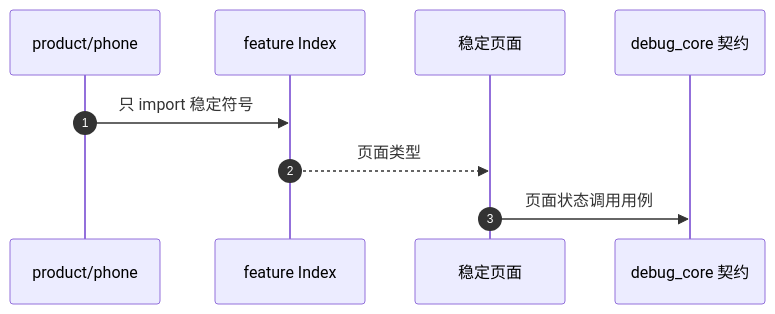
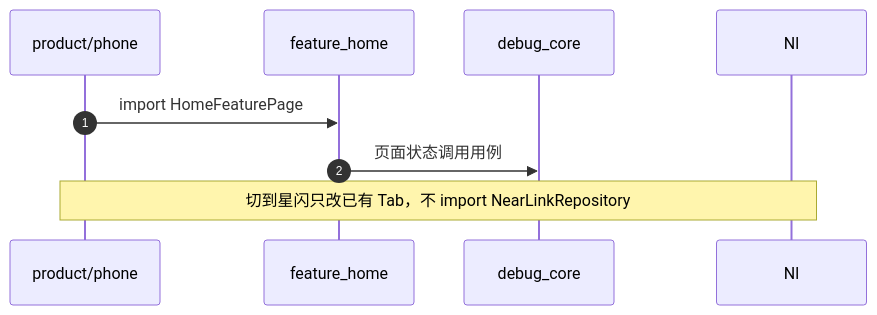
One commit to yohurm/HarmonyOS-YoWireTools changed the second of 2 diagrams in docs/goal/architecture/app/APP-003.md. Above: the diagram before and after it, drawn with Mermaid. The commit also changed other lines of this file and 91 other files, not shown here.

````diff
--- a/docs/goal/architecture/app/APP-003.md
+++ b/docs/goal/architecture/app/APP-003.md
@@ -71,11 +66,10 @@
 ```mermaid
 sequenceDiagram
   autonumber
   participant Phone as product/phone
-  participant Index as feature Index
-  participant Page as 稳定页面
-  participant Contract as debug_core 契约
-  Phone->>Index: 只 import 稳定符号
-  Index-->>Page: 页面类型
-  Page->>Contract: 页面状态调用用例
+  participant Home as feature_home
+  participant Core as debug_core
+  Phone->>Home: import HomeFeaturePage
+  Home->>Core: 页面状态调用用例
+  Note over Phone,Nl: 切到星闪只改已有 Tab，不 import NearLinkRepository
 ```
````
